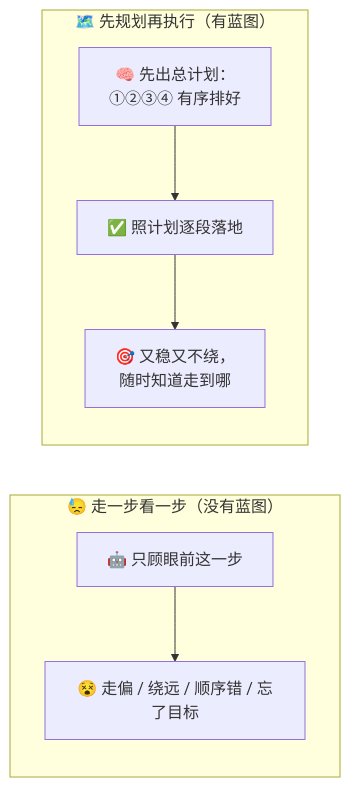
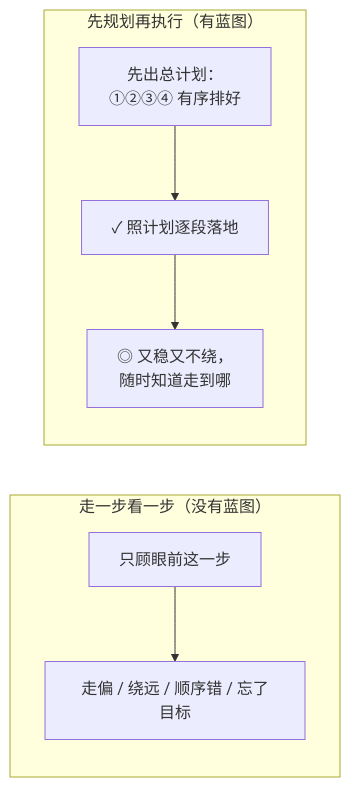
The first of 5 diagrams in docs/02_CONCEPTS_概念入门/CONCEPT/[CONCEPT-23] 什么是计划与执行-PlanAndExecute.md (luckykhy/KhyAiHub), drawn with Mermaid before and after one commit. The commit also changed other lines of this file, not shown here.

````diff
--- a/docs/02_CONCEPTS_概念入门/CONCEPT/[CONCEPT-23] 什么是计划与执行-PlanAndExecute.md
+++ b/docs/02_CONCEPTS_概念入门/CONCEPT/[CONCEPT-23] 什么是计划与执行-PlanAndExecute.md
@@ -41,11 +41,11 @@
 ```mermaid
 flowchart LR
-  subgraph 摸黑["😓 走一步看一步（没有蓝图）"]
-    A1["🤖 只顾眼前这一步"] --> A2["😵 走偏 / 绕远 / 顺序错 / 忘了目标"]
+  subgraph 摸黑["走一步看一步（没有蓝图）"]
+    A1["只顾眼前这一步"] --> A2["走偏 / 绕远 / 顺序错 / 忘了目标"]
   end
-  subgraph 蓝图["🗺️ 先规划再执行（有蓝图）"]
-    B0["🧠 先出总计划：<br/>①②③④ 有序排好"]
-    B0 --> B1["✅ 照计划逐段落地"]
-    B1 --> B2["🎯 又稳又不绕，<br/>随时知道走到哪"]
+  subgraph 蓝图["先规划再执行（有蓝图）"]
+    B0["先出总计划：<br/>①②③④ 有序排好"]
+    B0 --> B1["✓ 照计划逐段落地"]
+    B1 --> B2["◎ 又稳又不绕，<br/>随时知道走到哪"]
   end
 ```
````
